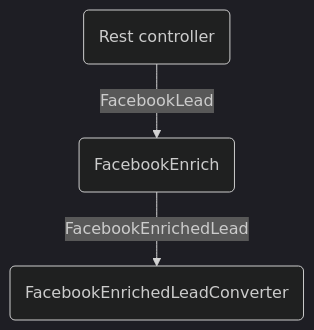
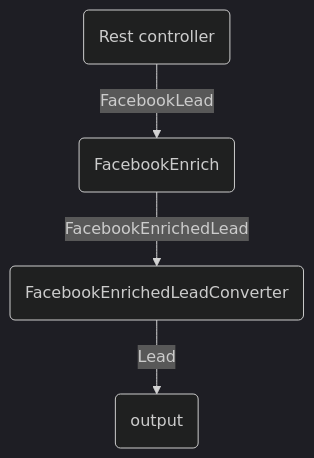
One commit to eutkin/sc-docs changed the second of 2 diagrams in README.md. Above: the diagram before and after it, drawn with Mermaid (dark theme). The commit also changed other lines of this file, not shown here.

````diff
--- a/README.md
+++ b/README.md
@@ -19,5 +21,6 @@
 ```mermaid
 graph TD;
 A(Rest controller) -->|FacebookLead|B(FacebookEnrich)
 B -->|FacebookEnrichedLead|C(FacebookEnrichedLeadConverter)
+C -->|Lead|D(output)
 ```
````
